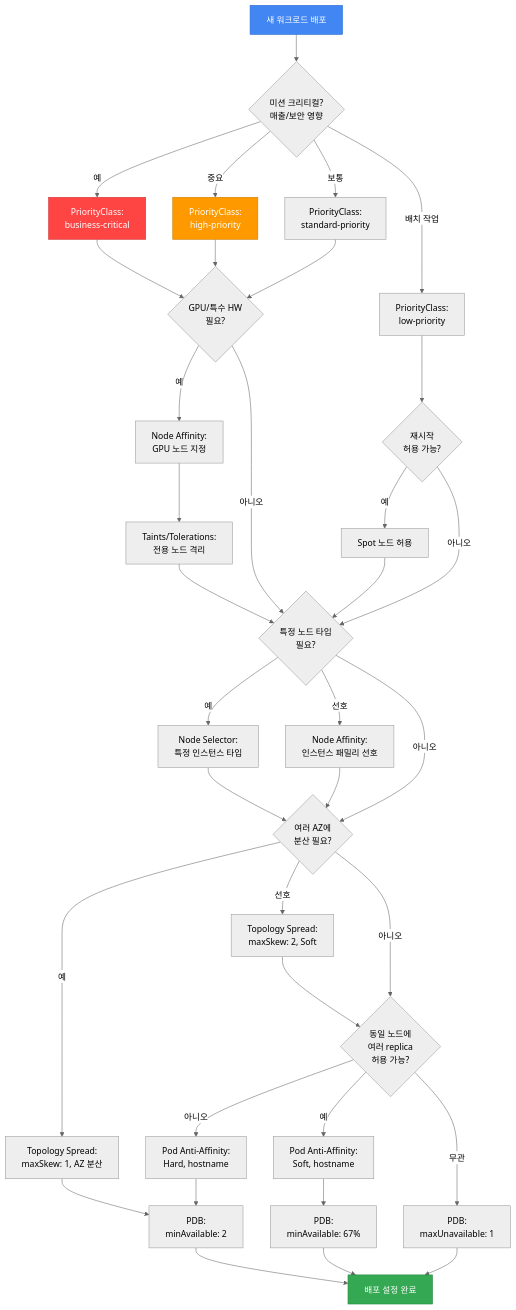
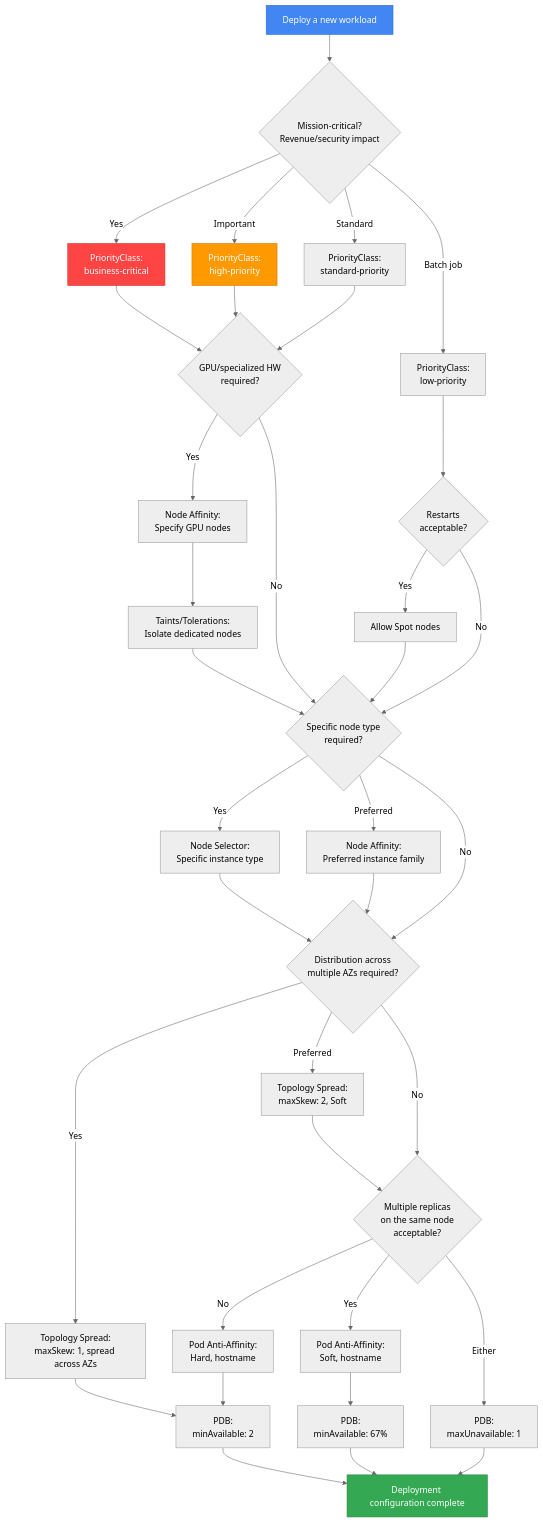
One commit to devfloor9/engineering-playbook changed the sixth of 12 diagrams in docs/eks-best-practices/operations-reliability/eks-pod-scheduling-availability.md. Above: the diagram before and after it, drawn with Mermaid (neutral theme). The commit also changed other lines of this file and 954 other files, not shown here.

````diff
--- a/docs/eks-best-practices/operations-reliability/eks-pod-scheduling-availability.md
+++ b/docs/eks-best-practices/operations-reliability/eks-pod-scheduling-availability.md
@@ -3956,24 +3961,24 @@
 ```mermaid
 flowchart TB
-    START[새 워크로드 배포]
-    Q1{미션 크리티컬?<br/>매출/보안 영향}
+    START[Deploy a new workload]
+    Q1{Mission-critical?<br/>Revenue/security impact}
 
-    Q2{GPU/특수 HW<br/>필요?}
-    Q3{재시작<br/>허용 가능?}
-    Q4{여러 AZ에<br/>분산 필요?}
-    Q5{동일 노드에<br/>여러 replica<br/>허용 가능?}
-    Q6{특정 노드 타입<br/>필요?}
+    Q2{GPU/specialized HW<br/>required?}
+    Q3{Restarts<br/>acceptable?}
+    Q4{Distribution across<br/>multiple AZs required?}
+    Q5{Multiple replicas<br/>on the same node<br/>acceptable?}
+    Q6{Specific node type<br/>required?}
 
     A1[PriorityClass:<br/>business-critical]
     A2[PriorityClass:<br/>high-priority]
     A3[PriorityClass:<br/>standard-priority]
     A4[PriorityClass:<br/>low-priority]
 
-    B1[Node Affinity:<br/>GPU 노드 지정]
-    B2[Taints/Tolerations:<br/>전용 노드 격리]
-    B3[Spot 노드 허용]
+    B1[Node Affinity:<br/>Specify GPU nodes]
+    B2[Taints/Tolerations:<br/>Isolate dedicated nodes]
+    B3[Allow Spot nodes]
 
-    C1[Topology Spread:<br/>maxSkew: 1, AZ 분산]
+    C1[Topology Spread:<br/>maxSkew: 1, spread across AZs]
     C2[Topology Spread:<br/>maxSkew: 2, Soft]
 
     D1[Pod Anti-Affinity:<br/>Hard, hostname]
@@ -3983,48 +3988,48 @@
     E2[PDB:<br/>minAvailable: 67%]
     E3[PDB:<br/>maxUnavailable: 1]
 
-    F1[Node Selector:<br/>특정 인스턴스 타입]
-    F2[Node Affinity:<br/>인스턴스 패밀리 선호]
+    F1[Node Selector:<br/>Specific instance type]
+    F2[Node Affinity:<br/>Preferred instance family]
 
-    FINAL[배포 설정 완료]
+    FINAL[Deployment configuration complete]
 
     START --> Q1
-    Q1 -->|예| A1
-    Q1 -->|중요| A2
-    Q1 -->|보통| A3
-    Q1 -->|배치 작업| A4
+    Q1 -->|Yes| A1
+    Q1 -->|Important| A2
+    Q1 -->|Standard| A3
+    Q1 -->|Batch job| A4
 
     A1 --> Q2
     A2 --> Q2
     A3 --> Q2
     A4 --> Q3
 
-    Q2 -->|예| B1
-    Q2 -->|아니오| Q6
+    Q2 -->|Yes| B1
+    Q2 -->|No| Q6
 
-    Q3 -->|예| B3
-    Q3 -->|아니오| Q6
+    Q3 -->|Yes| B3
+    Q3 -->|No| Q6
 
     B1 --> B2
     B2 --> Q6
     B3 --> Q6
 
-    Q6 -->|예| F1
-    Q6 -->|선호| F2
-    Q6 -->|아니오| Q4
+    Q6 -->|Yes| F1
+    Q6 -->|Preferred| F2
+    Q6 -->|No| Q4
     F1 --> Q4
     F2 --> Q4
 
-    Q4 -->|예| C1
-    Q4 -->|선호| C2
-    Q4 -->|아니오| Q5
+    Q4 -->|Yes| C1
+    Q4 -->|Preferred| C2
+    Q4 -->|No| Q5
 
     C1 --> E1
     C2 --> Q5
 
-    Q5 -->|아니오| D1
-    Q5 -->|예| D2
-    Q5 -->|무관| E3
+    Q5 -->|No| D1
+    Q5 -->|Yes| D2
+    Q5 -->|Either| E3
 
     D1 --> E1
     D2 --> E2
````
